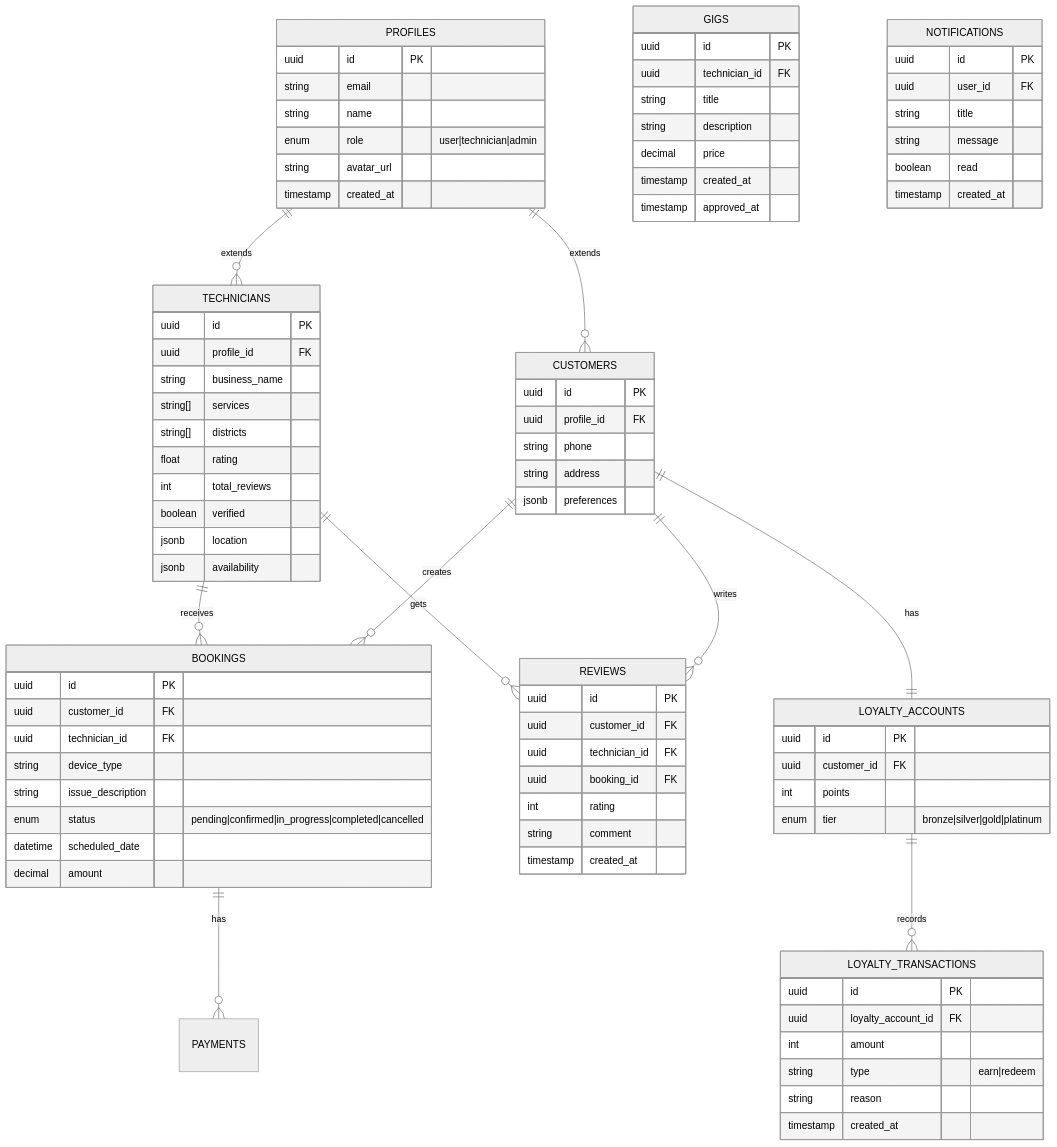
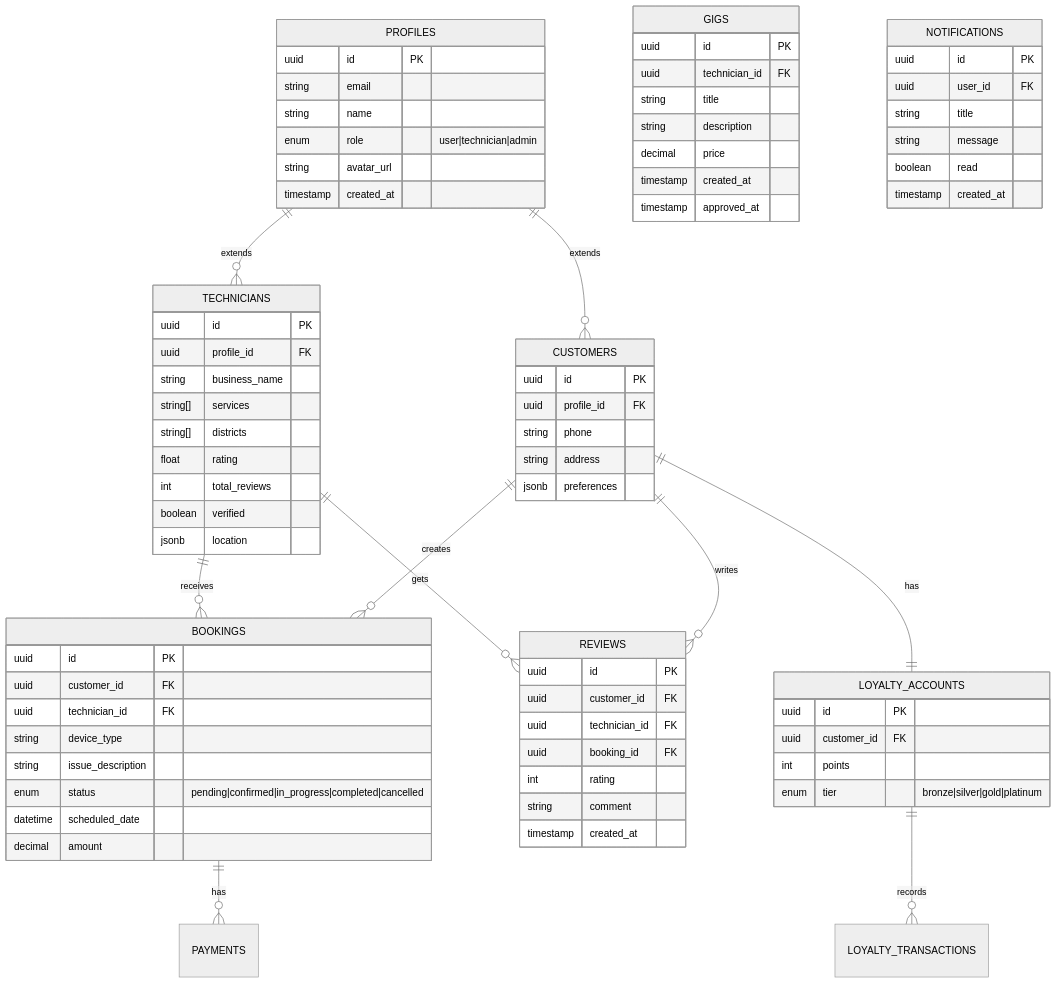
One commit to Irchika774/Tech-Care_official changed the third of 13 diagrams in README.md. Above: the diagram before and after it, drawn with Mermaid (neutral theme). The commit also changed other lines of this file and 5 other files, not shown here.

```diff
--- a/README.md
+++ b/README.md
@@ -278,7 +186,6 @@
         int total_reviews
         boolean verified
         jsonb location
-        jsonb availability
     }
     
     BOOKINGS ||--o{ PAYMENTS : "has"
@@ -321,15 +228,6 @@
         enum tier "bronze|silver|gold|platinum"
     }
     
-    LOYALTY_TRANSACTIONS {
-        uuid id PK
-        uuid loyalty_account_id FK
-        int amount
-        string type "earn|redeem"
-        string reason
-        timestamp created_at
-    }
-    
     NOTIFICATIONS {
         uuid id PK
         uuid user_id FK
```
